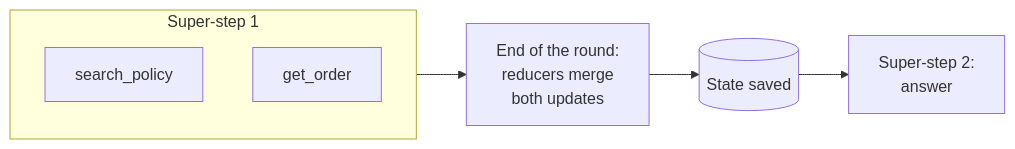
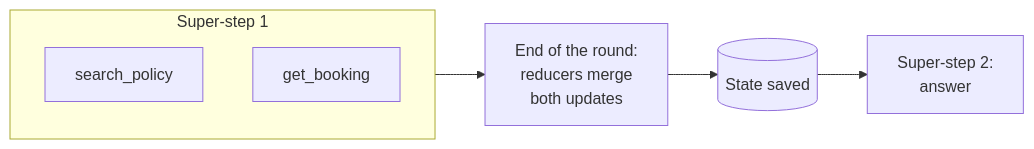
Before and after one commit to shubamchaudhary/CodeNITW: the seventh of 7 diagrams in src/Data/aiStackDocs/CH-05.md, drawn with Mermaid. The commit also changed other lines of this file and 32 other files, not shown here.

````diff
--- a/src/Data/aiStackDocs/CH-05.md
+++ b/src/Data/aiStackDocs/CH-05.md
@@ -235,10 +233,10 @@
 ```mermaid
 flowchart LR
     subgraph S1["Super-step 1"]
         A1["search_policy"]
-        A2["get_order"]
+        A2["get_booking"]
     end
     S1 --> MER["End of the round:<br/>reducers merge<br/>both updates"]
     MER --> SAVE[("State saved")]
     SAVE --> S2["Super-step 2:<br/>answer"]
 ```
````
